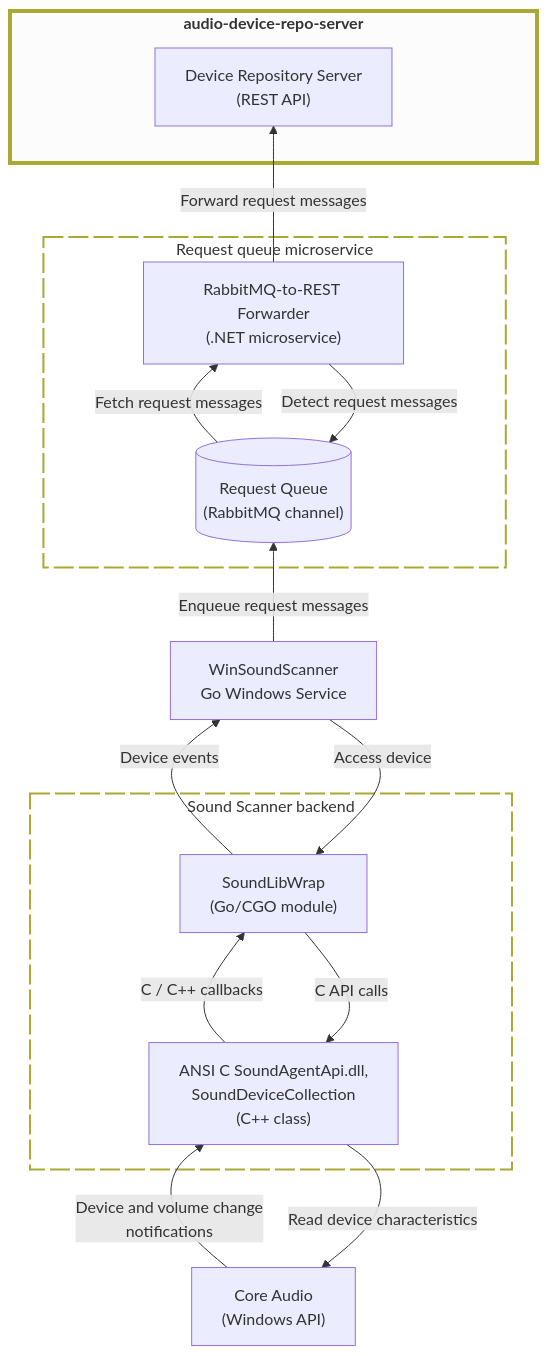
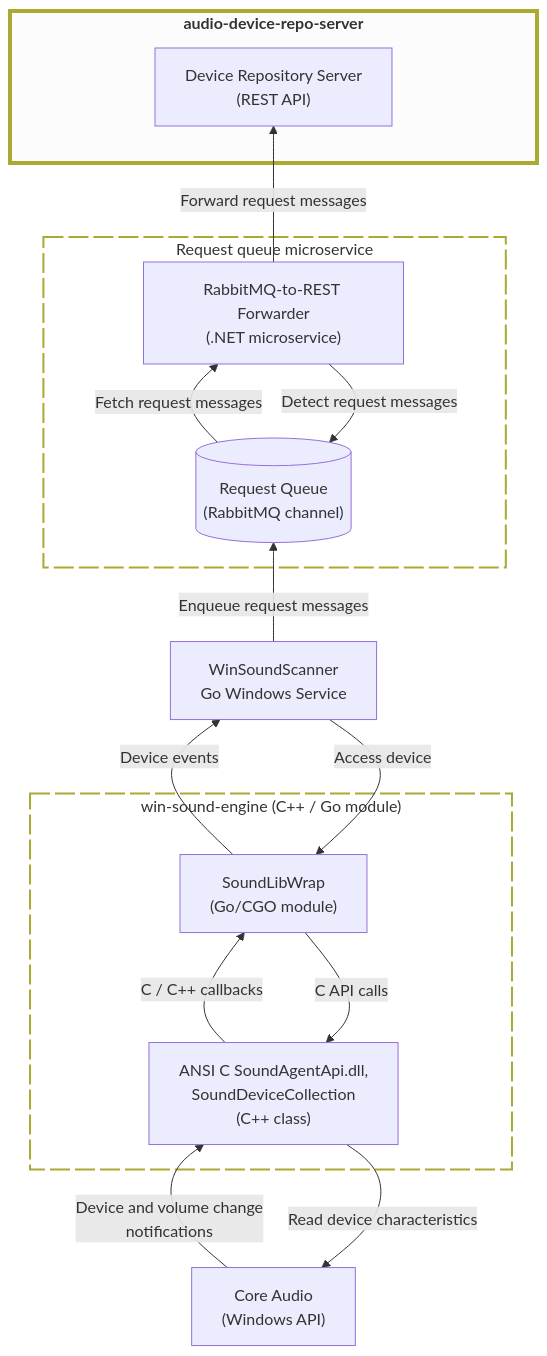
Before and after one commit to collect-sound-devices/audio-device-repo-server: the diagram in README.md, drawn with Mermaid.

Commit message:
Update scannerBackend description in README.md

````diff
--- a/README.md
+++ b/README.md
@@ -9,52 +9,52 @@
 ```mermaid
 flowchart BT
 
 classDef dottedBox fill:transparent,fill-opacity:0.55, stroke-dasharray:20 5,stroke-width:2px;
 classDef stressedBox fill:#f0f0f0,fill-opacity:0.2,stroke-width:4px;
 classDef invisibleNode fill:transparent,stroke:transparent;
 
 coreAudioApi["Core Audio<br>(Windows API)"]
 
-subgraph scannerBackend["Sound Scanner backend"]
+subgraph scannerBackend["win-sound-engine (C++ / Go module)"]
   invisible3["<br><br><br><br><br>"]
   class invisible3 invisibleNode
   goCgoWrapper["SoundLibWrap<br>(Go/CGO module)"]
   soundAgentApiDll["ANSI C SoundAgentApi.dll,<br>SoundDeviceCollection<br>(C++ class)"]
   invisible4["<br><br><br><br><br>"]
   class invisible4 invisibleNode
 end
 class scannerBackend dottedBox
 
 coreAudioApi -->|Device and volume change<br>notifications| soundAgentApiDll
 soundAgentApiDll --> |Read device characteristics| coreAudioApi
 
 winSoundScannerService["WinSoundScanner<br>Go Windows Service"]
 
 
 subgraph requestQueueMicroservice["Request queue microservice"]
   requestQueue[("Request Queue<br>(RabbitMQ channel)")]
   rabbitMqRestForwarder["RabbitMQ-to-REST Forwarder<br>(.NET microservice)"]
 end
 class requestQueueMicroservice dottedBox
 
 subgraph scannerService["<b>audio-device-repo-server </b>"]
   invisible1["<br><br><br>"]
   class invisible1 invisibleNode
   deviceRepositoryApi["Device Repository Server<br>(REST API)"]
   invisible2["<br><br><br>"]
   class invisible2 invisibleNode
 end
 class scannerService stressedBox
 
 winSoundScannerService --> |Access device| goCgoWrapper
 goCgoWrapper -->|Device events| winSoundScannerService
 
 goCgoWrapper --> |C API calls| soundAgentApiDll
 soundAgentApiDll -->|C / C++ callbacks| goCgoWrapper
 
 winSoundScannerService -->|Enqueue request messages| requestQueue
 
 requestQueue -->|Fetch request messages| rabbitMqRestForwarder
 rabbitMqRestForwarder --> |Detect request messages| requestQueue
 rabbitMqRestForwarder -->|Forward request messages| deviceRepositoryApi
 ```
````
